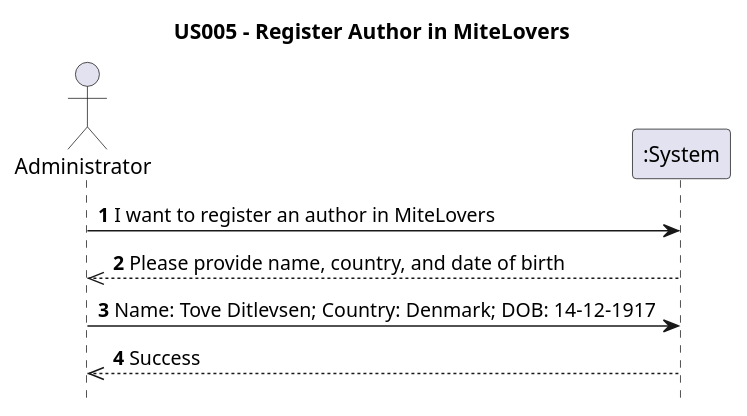
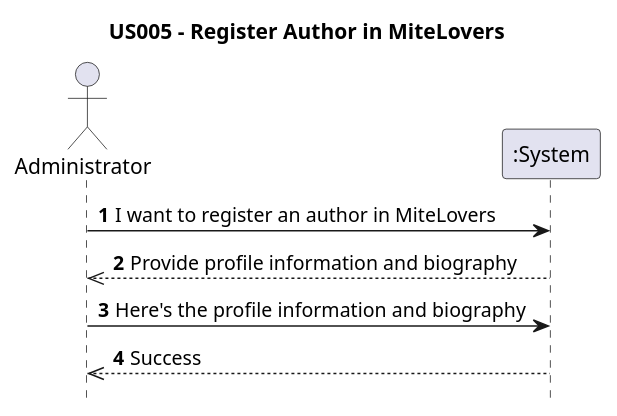
Before and after one commit to AndrePereiraGitH/SWitCH-Project-Team_A: the diagram in Diagrams/SequenceDiagrams/N1/US005-To-register-an-author-in-the-miteLovers.puml, drawn with PlantUML. The commit also changed 5 other files, not shown here.

```diff
--- a/Diagrams/SequenceDiagrams/N1/US005-To-register-an-author-in-the-miteLovers.puml
+++ b/Diagrams/SequenceDiagrams/N1/US005-To-register-an-author-in-the-miteLovers.puml
@@ -1,13 +1,14 @@
 @startuml
 hide footbox
 title US005 - Register Author in MiteLovers
-
+autoNumber
 actor Administrator
 participant ":System" as System
 
-Administrator -> System : **1** I want to register an author in MiteLovers
-System -->> Administrator : **2** Please provide name, country, and date of birth
-Administrator -> System : **3** Name: Tove Ditlevsen; Country: Denmark; DOB: 14-12-1917
-System -->> Administrator : **4** Success
+Administrator -> System :  I want to register an author in MiteLovers
+System -->> Administrator :  Provide profile information and biography
+Administrator -> System :  Here's the profile information and biography
+
+System -->> Administrator :  Success
 
 @enduml
```
